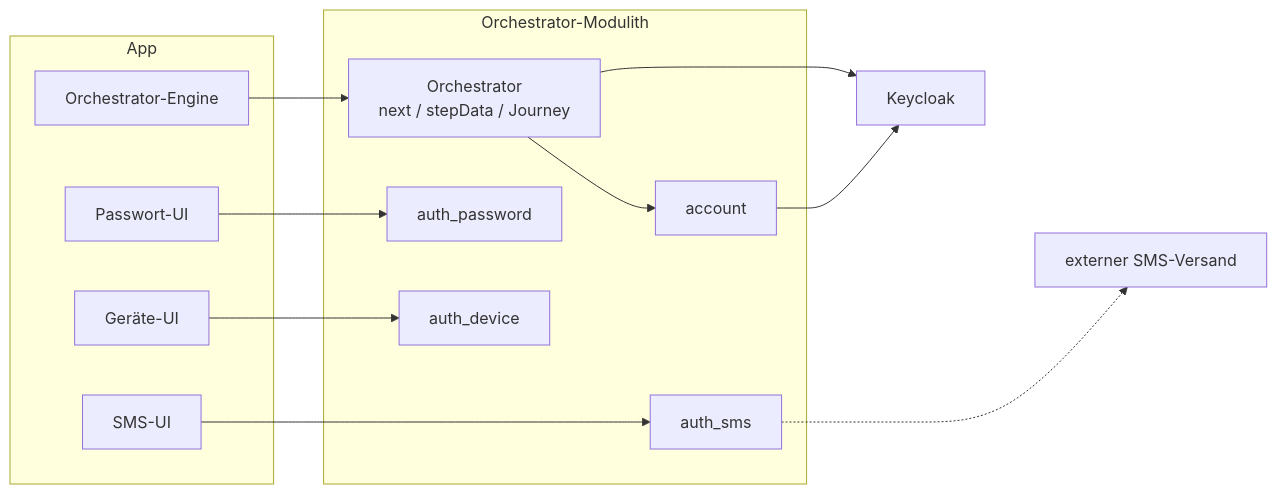
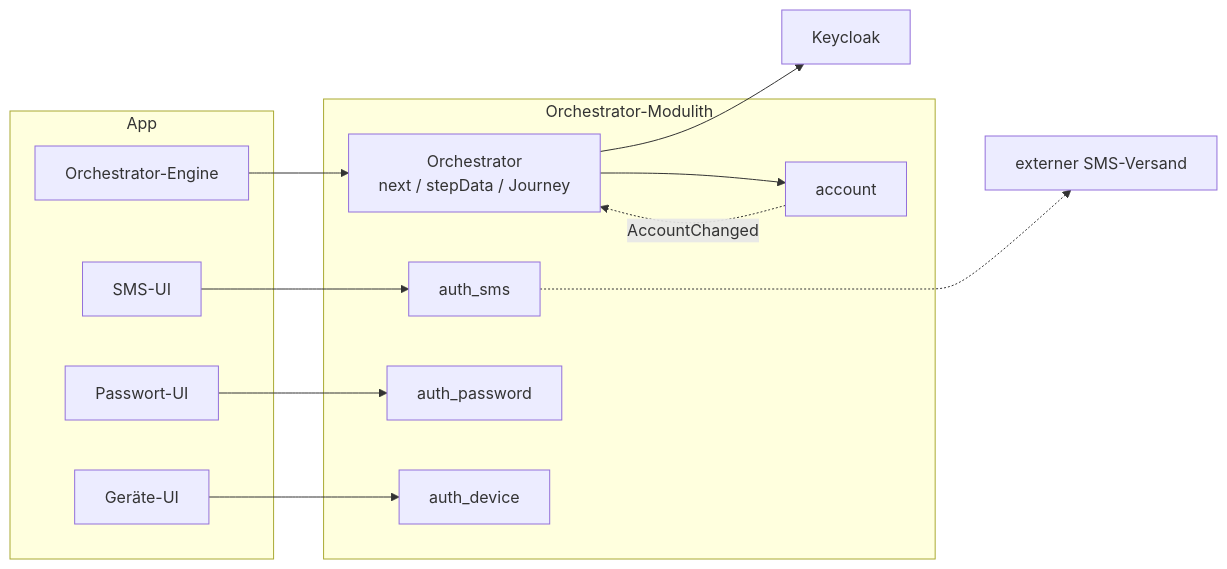
One commit to rpreissel/DPoP-demo changed the diagram in docs/10-frontend.md. Above: the diagram before and after it, drawn with Mermaid. The commit also changed other lines of this file and 69 other files, not shown here.

````diff
--- a/docs/10-frontend.md
+++ b/docs/10-frontend.md
@@ -12,32 +12,32 @@
 ```mermaid
 flowchart LR
   subgraph App["App"]
     NE["Orchestrator-Engine"]
     UI1["SMS-UI"]
     UI2["Passwort-UI"]
     UI3["Geräte-UI"]
   end
 
   subgraph Backend["Orchestrator-Modulith"]
     O["Orchestrator<br/>next / stepData / Journey"]
     AC["account"]
     M1["auth_sms"]
     M2["auth_password"]
     M3["auth_device"]
   end
 
   KC["Keycloak"]
   EXT1["externer SMS-Versand"]
   KC ~~~ EXT1
 
   NE --> O
   O --> KC
   O --> AC
-  AC --> KC
+  AC -.->|AccountChanged| O
 
   UI1 --> M1
   UI2 --> M2
   UI3 --> M3
 
   M1 -.-> EXT1
 ```
````
